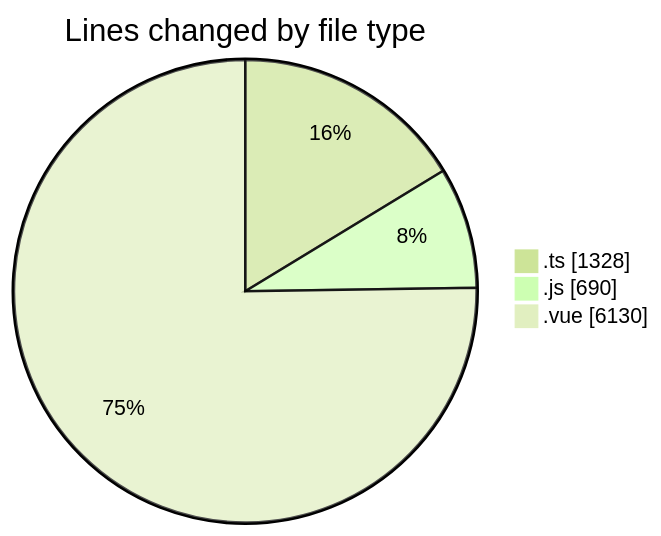
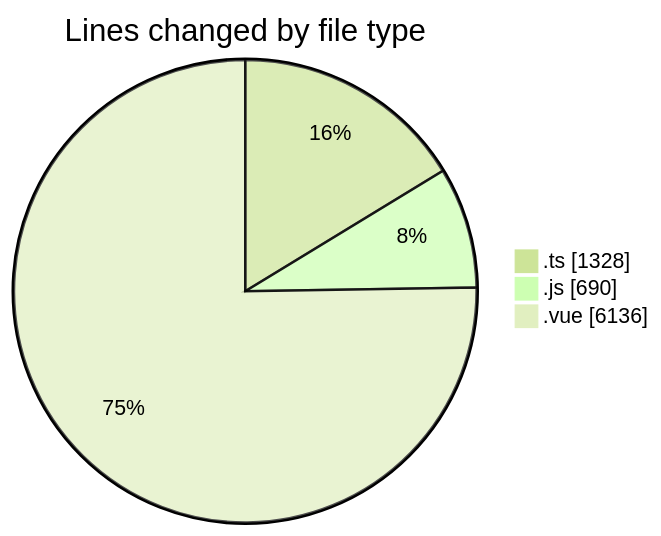
The first of 2 diagrams in 2025-08-16/rentotp/README.md (lephambinh05/code-tracking), drawn with Mermaid (forest theme) before and after one commit. The commit also changed other lines of this file and 1 other file, not shown here.

````diff
--- a/2025-08-16/rentotp/README.md
+++ b/2025-08-16/rentotp/README.md
@@ -38,7 +38,7 @@
 ```mermaid
 pie showData
 title Lines changed by file type
 ".ts" : 1328
 ".js" : 690
-".vue" : 6130
+".vue" : 6136
 ```
````
